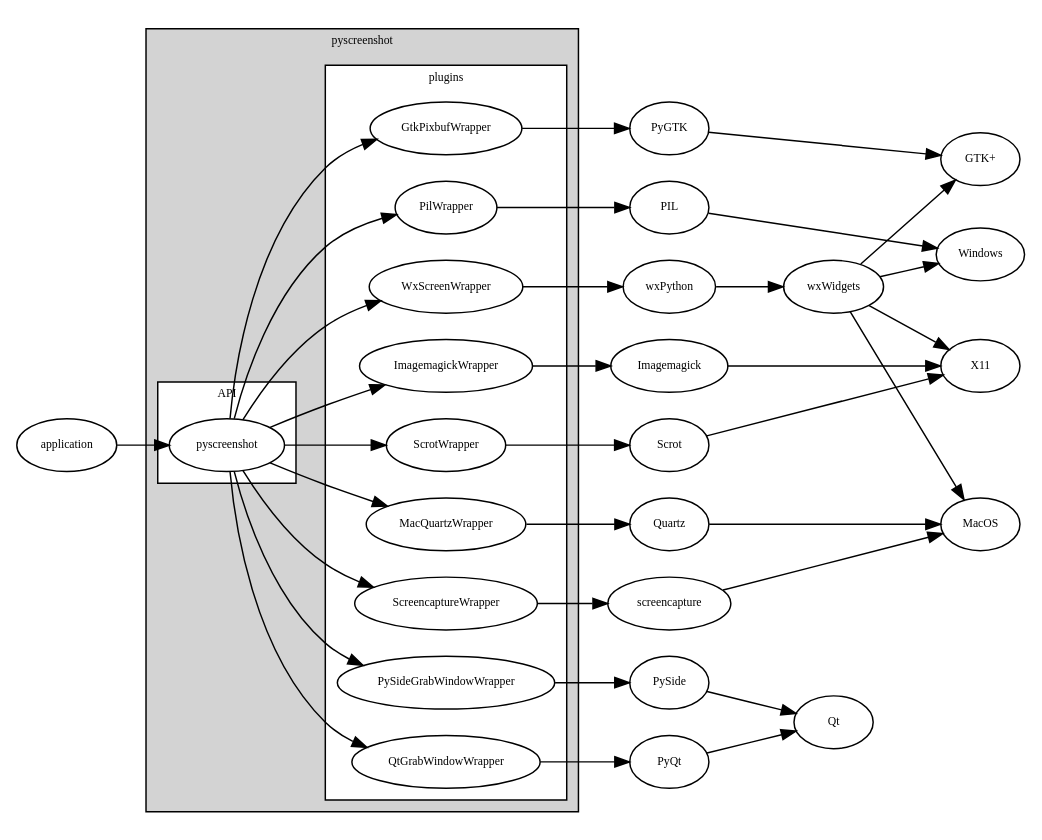
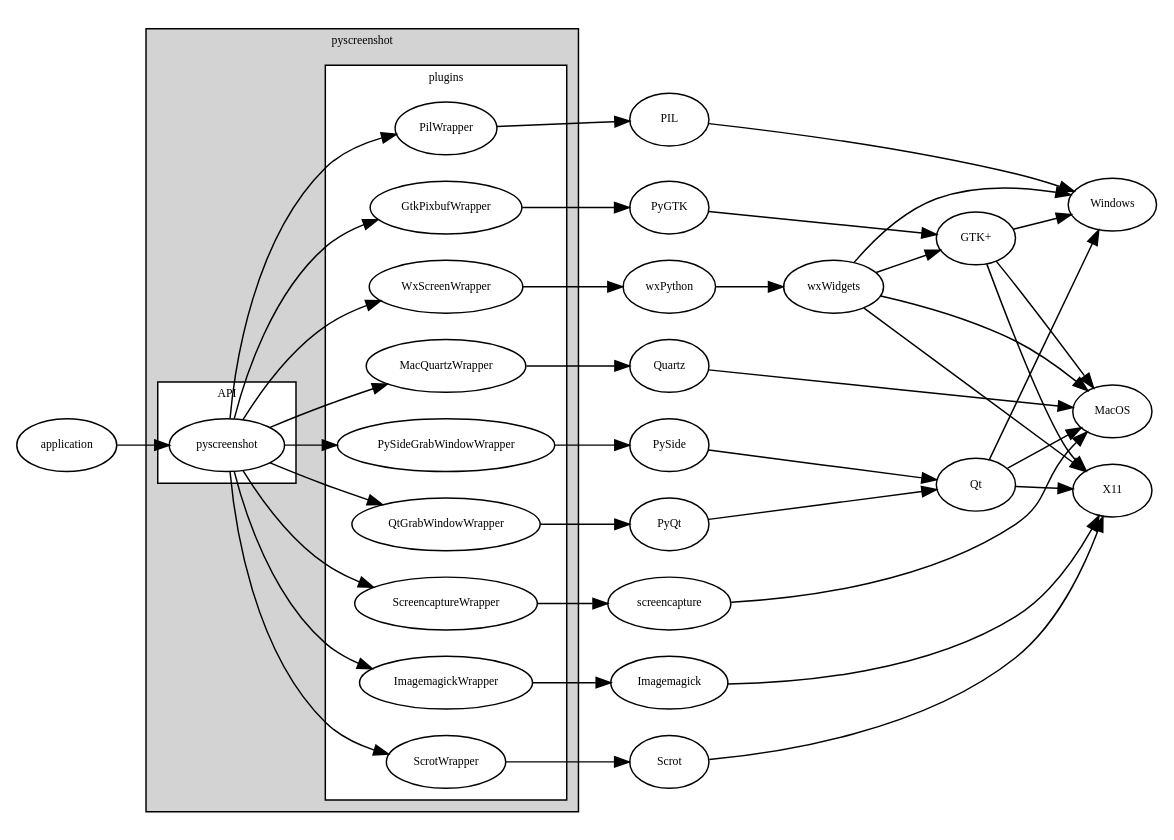
Before and after one commit to ponty/pyscreenshot: the diagram in docs/hierarchy.rst, drawn with Graphviz.

Commit message:
doc: add qt and gtk back-ends to hierarchy

```diff
--- a/docs/hierarchy.rst
+++ b/docs/hierarchy.rst
@@ -4,53 +4,61 @@
 .. graphviz::
 
 	digraph G {
 	rankdir=LR;
 	node [fontsize=8];
 	fontsize=8;
 	
 	subgraph cluster_0 {
 		label = "pyscreenshot";
 		style=filled;
 		fillcolor=lightgrey;
 		subgraph cluster_1 {
 			label = "API";
 			style=filled;
 			fillcolor=white;
 
 			pyscreenshot;
 		}
 		subgraph cluster_2 {
 			style=filled;
 			fillcolor=white;
 			label = "plugins";
 
 			pyscreenshot -> GtkPixbufWrapper;
          pyscreenshot -> QtGrabWindowWrapper;
          pyscreenshot -> PySideGrabWindowWrapper;
 			pyscreenshot -> PilWrapper;
 			pyscreenshot -> ImagemagickWrapper;
 			pyscreenshot -> WxScreenWrapper;
          pyscreenshot -> ScrotWrapper;
          pyscreenshot -> MacQuartzWrapper
          pyscreenshot -> ScreencaptureWrapper
 		}
 	}
    QtGrabWindowWrapper -> PyQt -> Qt;
    PySideGrabWindowWrapper -> PySide -> Qt;
+   Qt -> MacOS;
+   Qt -> Windows;
+   Qt -> X11;
+
 	PilWrapper -> PIL -> Windows;
 	ImagemagickWrapper -> Imagemagick -> X11;
 	ScrotWrapper -> Scrot -> X11;
 	
 	GtkPixbufWrapper -> PyGTK -> "GTK+";
+   "GTK+" -> MacOS;
+   "GTK+" -> Windows;
+   "GTK+" -> X11;
+
 	WxScreenWrapper -> wxPython -> wxWidgets;
 	wxWidgets -> "GTK+";
 	wxWidgets -> MacOS;
 	wxWidgets -> Windows;
 	wxWidgets -> X11;
 	
    MacQuartzWrapper -> Quartz -> MacOS;
    ScreencaptureWrapper -> screencapture -> MacOS;
 
 	application -> pyscreenshot;
 	
 	}
```
